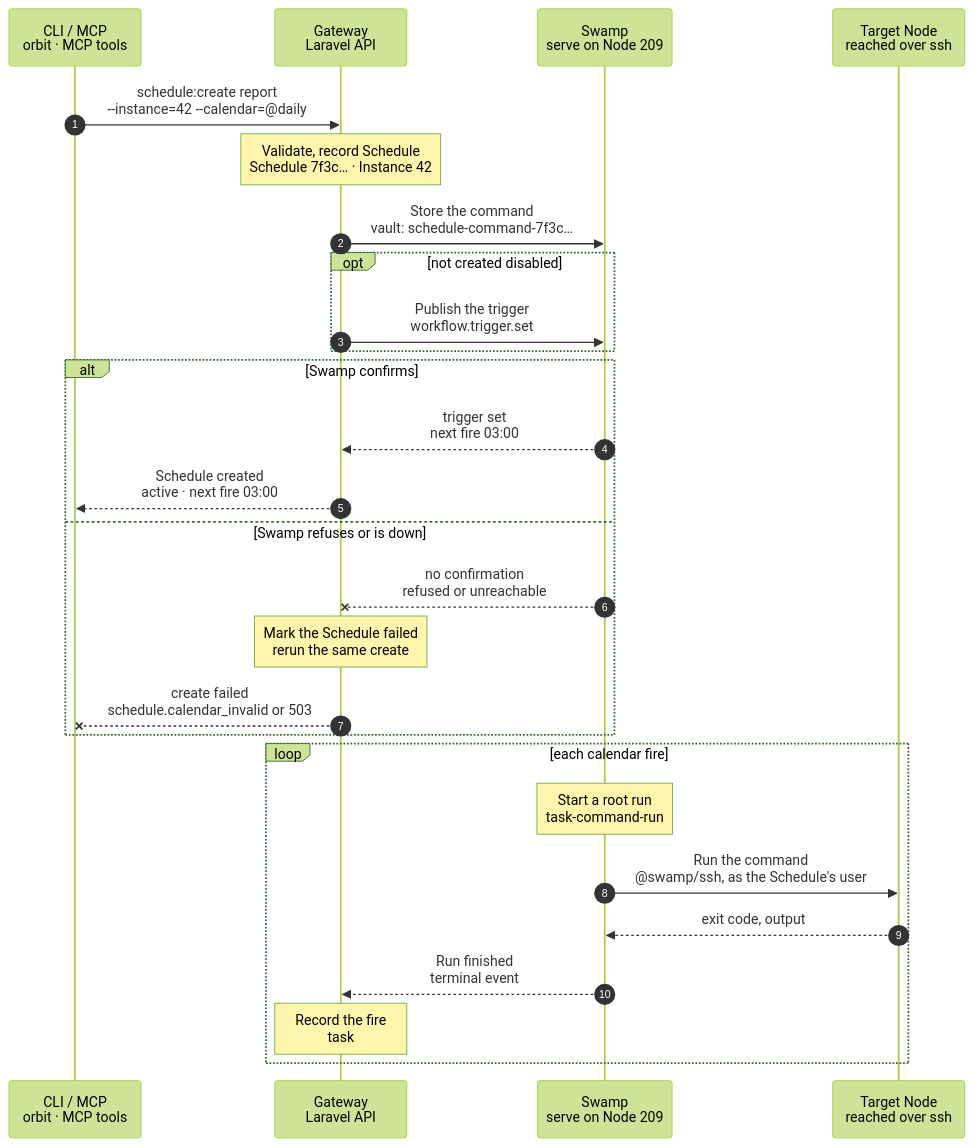
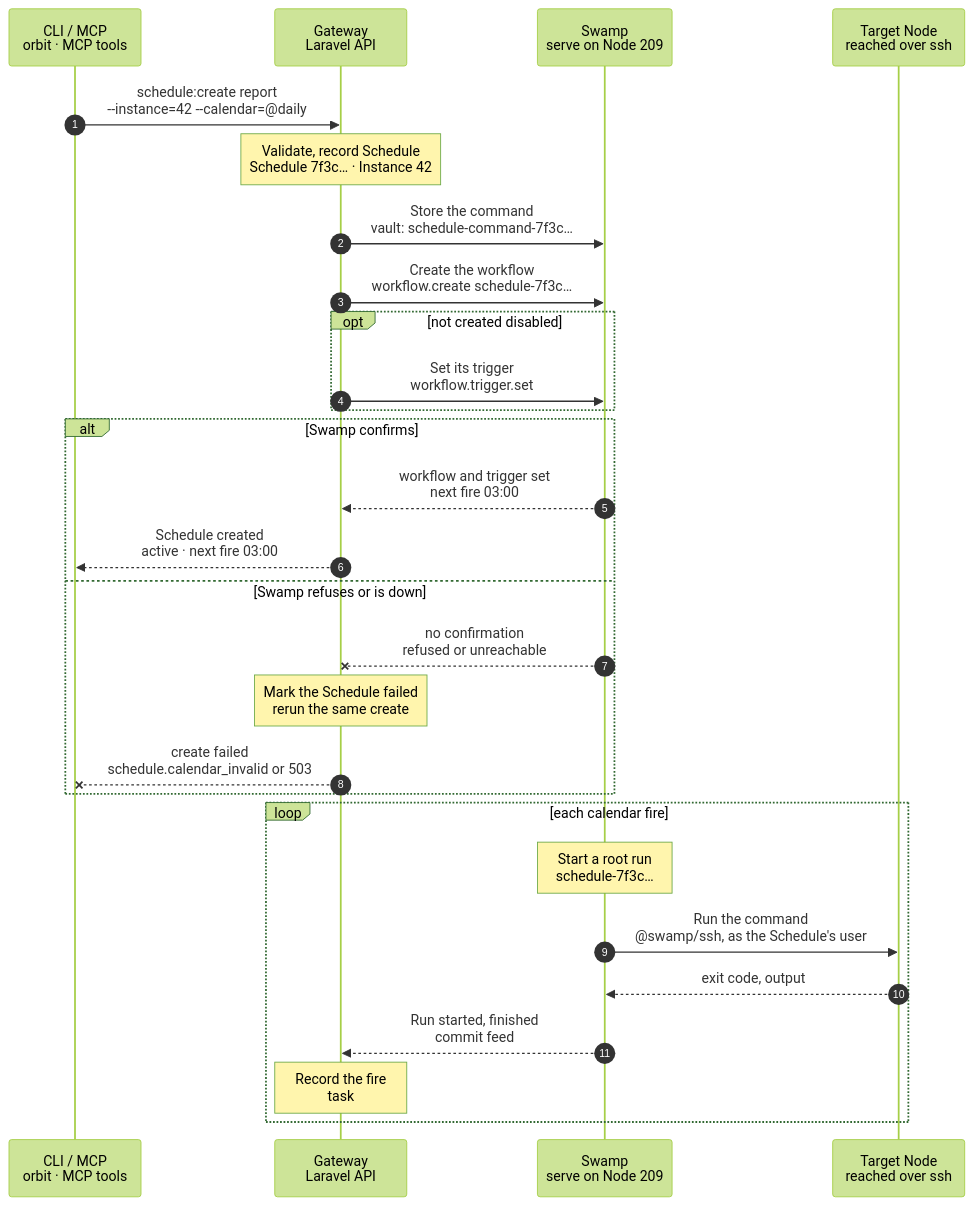
The diagram in docs/flows/schedule.create.mmd (hardimpactdev/orbit), drawn with Mermaid (forest theme) before and after one commit. The commit also changed 4 other files, not shown here.

First line of the commit message:
docs(flows): Schedules as one Swamp workflow each (schedule-<id>), plus schedule:disable

```diff
--- a/docs/flows/schedule.create.mmd
+++ b/docs/flows/schedule.create.mmd
@@ -1,108 +1,119 @@
 sequenceDiagram
-  %% Target design: ADR 0244 native Swamp schedules, nothing installed on Nodes; DECISIONS Schedules (Nick 2026-11-02), R1-R3.
+  %% Target design: ADR 0244 native Swamp schedules, one Swamp workflow per Schedule (Nick 2026-11-02), nothing installed on Nodes; R1-R3.
   %% status: draft
   %% command: schedule:create
   autonumber
   %% lane CLI icon=terminal pill=caller tone=gray
   %% lane GW icon=gateway pill=intent tone=blue
   %% lane SW icon=workflow pill=executes tone=green
   %% lane N icon=server pill=target tone=amber
   participant CLI as CLI / MCP<br/>orbit · MCP tools
   participant GW as Gateway<br/>Laravel API
   participant SW as Swamp<br/>serve on Node 209
   participant N as Target Node<br/>reached over ssh
   CLI->>GW: schedule:create report<br/>--instance=42 --calendar=@daily
   %%> Command:
-  %%> - `orbit schedule:create report --instance=42 --calendar=@daily --command='php artisan report:send' --timeout=600`
+  %%> - `orbit schedule:create report --instance=42 --calendar='0 3 * * *' --command='php artisan report:send' --timeout=600`
   %%> - syntax: `<name> (--node=ID | --instance=ID | --project=ID --for=production) --calendar=CALENDAR --command=COMMAND [--timeout=SECONDS] [--no-start] [--idempotency-key=KEY]`
   %%> Input:
   %%> - the name as the argument, unique for its Node or Instance
   %%> - exactly one owner: a Node, an Instance, or a Project definition
   %%> - the calendar, the command line and the timeout (default 3,600 seconds)
   %%> Calendar:
-  %%> - a cron expression, the format Swamp schedules use, for example `0 3 * * *`, or a shorthand such as `@hourly` or `@daily`
+  %%> - a cron expression, the format Swamp schedules use, for example `0 3 * * *`, a 6-field form with seconds such as `20 * * * * *`, or a shorthand such as `@hourly` or `@daily`
+  %%> - it fires in serve's time zone (UTC); a Swamp trigger carries no time zone
   %%> - existing systemd calendars are converted once during the migration
   %%> - optionally `--no-start`, to create the Schedule disabled
   %%> Who can call it:
   %%> - the `orbit` CLI and the MCP tool send the same request
   Note over GW: Validate, record Schedule<br/>Schedule 7f3c… · Instance 42
   %%> Requirements:
   %%> - your Node has an access grant to Node 12, which runs Instance 42
   %%> - Instance 42 is active; a production Instance has a selected release
   %%> - the name, calendar, command and timeout are valid
   %%> - Instance 42 has no Schedule with this name and another specification (`schedule.retry_conflict`)
   %%> Derives from the Placement:
   %%> - the user, the working directory and the shell the command runs with
   %%> Result:
   %%> - Schedule 7f3c… recorded, with its desired state `enabled`, or `disabled` with `--no-start`
   %%> - an identical create returns the existing Schedule
   %%> With `--project`:
   %%> - only a Project Schedule definition is recorded (R1); the answer comes at once
   %%> - production preparation later copies it into a disabled Instance Schedule
   %%> Exception:
-  %%> - production's per-minute Laravel schedulers keep their systemd timer on the Node until the serve load and outage test passes (ADR 0244)
+  %%> - production's per-minute schedulers (`laravel-scheduler`, `powersync-health`) keep their systemd timer on the Node until the serve load and outage test passes (ADR 0244)
   %%> - all other Node and Instance Schedules are native Swamp schedules on 209
   GW->>SW: Store the command<br/>vault: schedule-command-7f3c…
   %%> What it does:
   %%> - pushes the command line to a Swamp vault key on 209 (R3)
   %%> Why:
-  %%> - the command is operator input; it never goes into trigger inputs, run inputs or step output
+  %%> - the command is operator input; it never goes into workflow files, run inputs or step output
+  GW->>SW: Create the workflow<br/>workflow.create schedule-7f3c…
+  %%> What it does:
+  %%> - creates one small Swamp workflow for this Schedule on serve (Node 209), then writes its content with `workflow.edit`
+  %%> - its one step calls the shared `task-command-run` as a nested workflow
+  %%> - nothing is installed on Node 12; there is no Node work, so no run starts (R1)
+  %%> Fixed inside:
+  %%> - the full intent: Schedule 7f3c…, Node 12's address and SSH host keys, the user, the working directory, the shell and the timeout
+  %%> - the command's vault key name, never the command itself
+  %%> Stored:
+  %%> - in serve's `workflows/` directory beside the checked-in workflows; a release load keeps it
+  %%> - the Gateway's Schedule record stays the source; an identical create writes it again
   opt not created disabled
-    GW->>SW: Publish the trigger<br/>workflow.trigger.set
+    GW->>SW: Set its trigger<br/>workflow.trigger.set
     %%> What it does:
-    %%> - sets a native Swamp schedule trigger on serve (Node 209) for the workflow `task-command-run`
-    %%> - nothing is installed on Node 12; there is no Node work, so no run starts (R1)
-    %%> Inputs:
-    %%> - the calendar
-    %%> - the full intent: Schedule 7f3c…, Node 12's address and SSH host keys, the user, the working directory, the shell and the timeout
-    %%> - the command's vault key name, never the command itself
+    %%> - sets the cron trigger of `schedule-7f3c…` on serve
     %%> When:
-    %%> - skipped with `--no-start`; `schedule:enable` publishes it later
+    %%> - skipped with `--no-start`; `schedule:enable` sets it later
   end
   alt Swamp confirms
-    SW-->>GW: trigger set<br/>next fire 03:00
+    SW-->>GW: workflow and trigger set<br/>next fire 03:00
     %%> Returns:
-    %%> - the trigger is active, with its next fire time
+    %%> - the workflow exists and its trigger is active, with its next fire time
     GW-->>CLI: Schedule created<br/>active · next fire 03:00
     %%> Result:
     %%> - Schedule 7f3c… becomes active, only after Swamp confirms
-    %%> - with `--no-start`: active and disabled, with no next fire and no trigger
+    %%> - with `--no-start`: active and disabled, with no trigger
+    %%> - task #5140 is recorded as succeeded at once (R1)
     %%> What you get:
     %%> - the Schedule and its next fire, at once; there is nothing to follow
   else Swamp refuses or is down
     SW--xGW: no confirmation<br/>refused or unreachable
     %%> When:
     %%> - Swamp refuses the calendar, or serve on 209 does not answer
     Note over GW: Mark the Schedule failed<br/>rerun the same create
     %%> Result:
     %%> - Schedule 7f3c… stays recorded, marked failed, with its error code
-    %%> - the vault key stays; it holds no state on a Node
+    %%> - the vault key and a created workflow without a trigger may stay; they start nothing
     %%> Retry:
-    %%> - run the same command again; an identical create publishes the trigger again
+    %%> - run the same command again; an identical create writes the workflow and its trigger again
     GW--xCLI: create failed<br/>schedule.calendar_invalid or 503
     %%> Returns:
     %%> - `schedule.calendar_invalid` (422) for a refused calendar
     %%> - `swamp.schedule_publish_unavailable` (503) when serve does not answer
   end
   loop each calendar fire
-    Note over SW: Start a root run<br/>task-command-run
+    Note over SW: Start a root run<br/>schedule-7f3c…
     %%> What it does:
-    %%> - serve fires the trigger and starts one root run on 209
-    %%> - the run has the Schedule's timeout as its time budget
+    %%> - serve fires the trigger and starts one root run of `schedule-7f3c…` on 209
+    %%> - its step runs `task-command-run` with the fixed intent, within the Schedule's timeout
+    %%> Timing:
+    %%> - serve runs up to 4 scheduled runs at once; a fire can start late when all are busy
+    %%> - a Schedule never overlaps itself; a fire due while the last one runs waits
     SW->>N: Run the command<br/>@swamp/ssh, as the Schedule's user
     %%> How:
     %%> - checks the user and the working directory on Node 12
     %%> - reads the command with `vault.get` and sends it on stdin
     %%> Runs as:
     %%> - the Schedule's user, in its working directory, with its shell
     N-->>SW: exit code, output
     %%> Returns:
     %%> - the exit code; the output stays in the Swamp step
-    SW-->>GW: Run finished<br/>terminal event
+    SW-->>GW: Run started, finished<br/>commit feed
     %%> How the Gateway learns it:
-    %%> - its shared run reader sees the terminal event; Swamp never calls the Gateway
+    %%> - its shared run reader sees the root run start and end; Swamp never calls the Gateway
     Note over GW: Record the fire<br/>task #5141 · trigger: schedule
     %%> Result:
-    %%> - each fire becomes a task, with trigger `schedule`
-    %%> - `last_run_at` and `last_run_status` of Schedule 7f3c… are set
+    %%> - each fire becomes a task, with trigger `schedule`, recorded when it starts
+    %%> - `last_run_at` and `last_run_status` of Schedule 7f3c… are set when it ends
   end
```
